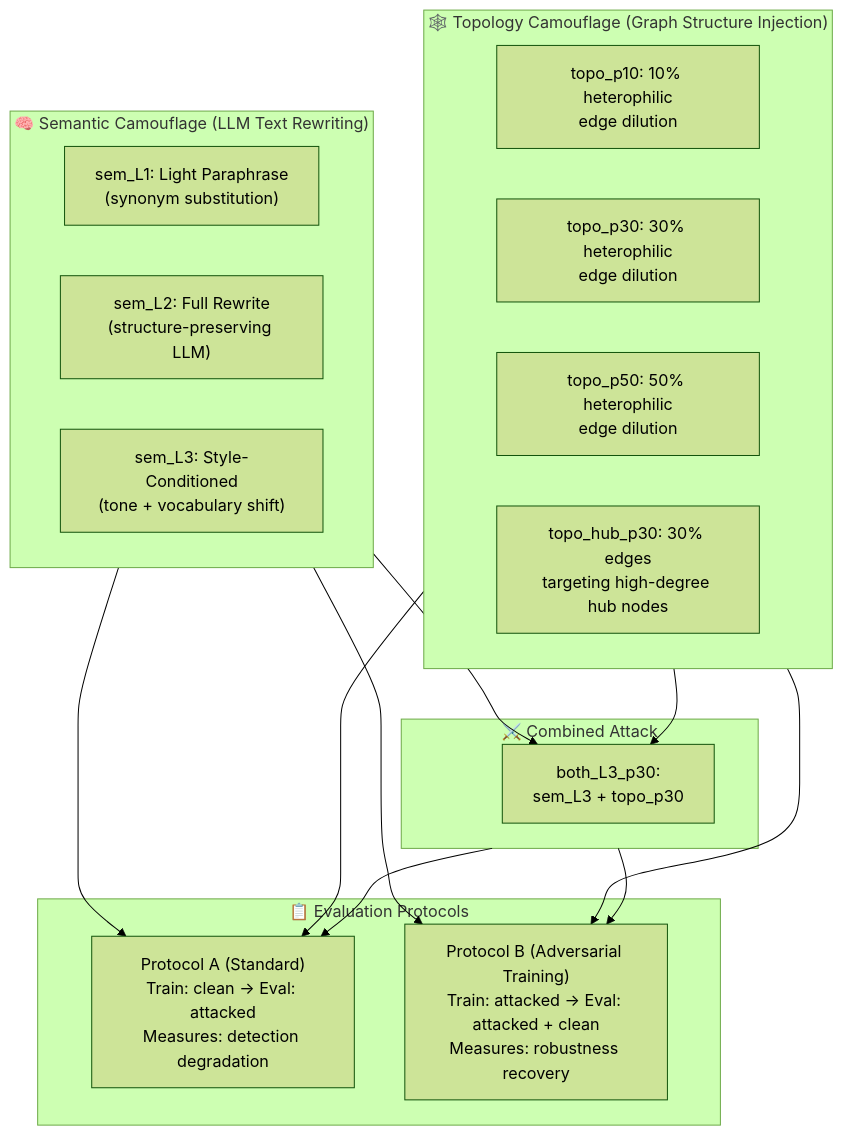
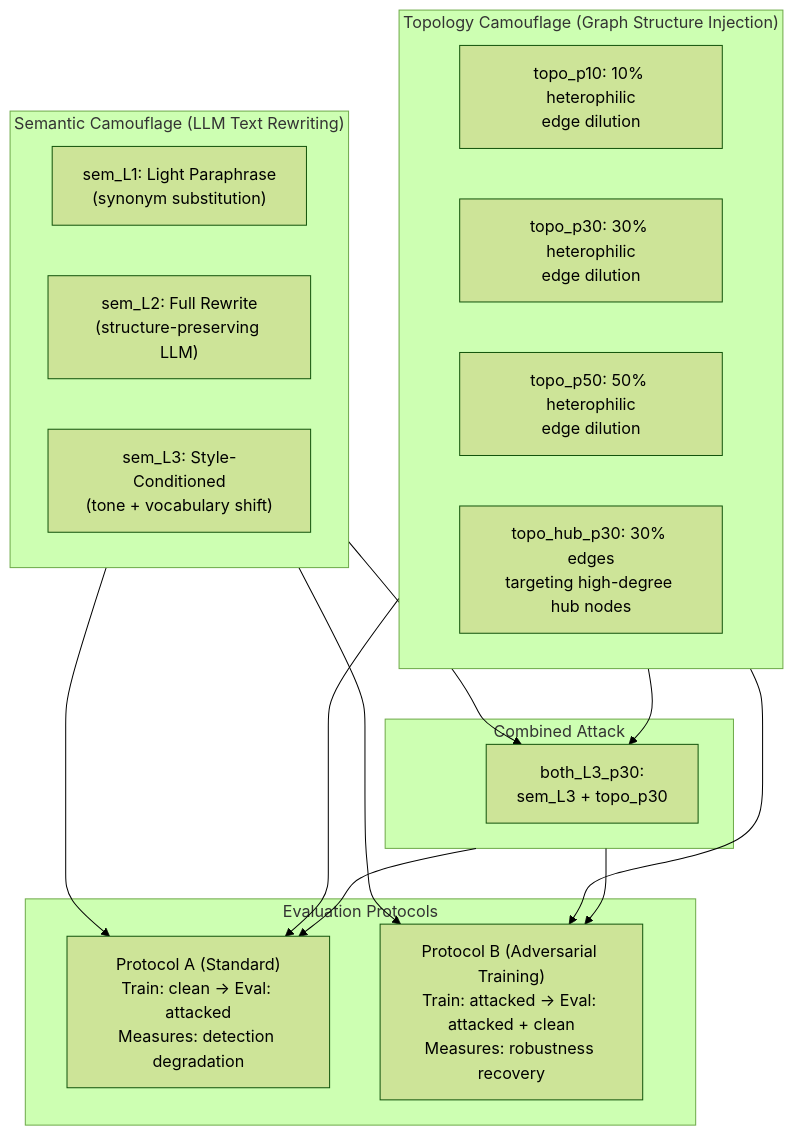
One commit to Eldo-John-Giby/NeuroGraph-DB changed the fifth of 6 diagrams in README.md. Above: the diagram before and after it, drawn with Mermaid (forest theme). The commit also changed other lines of this file, not shown here.

````diff
--- a/README.md
+++ b/README.md
@@ -266,28 +266,28 @@
 ```mermaid
 flowchart TD
-    subgraph Semantic["🧠 Semantic Camouflage (LLM Text Rewriting)"]
+    subgraph Semantic["Semantic Camouflage (LLM Text Rewriting)"]
         S1["sem_L1: Light Paraphrase\n(synonym substitution)"]
         S2["sem_L2: Full Rewrite\n(structure-preserving LLM)"]
         S3["sem_L3: Style-Conditioned\n(tone + vocabulary shift)"]
     end
 
-    subgraph Topology["🕸️ Topology Camouflage (Graph Structure Injection)"]
+    subgraph Topology["Topology Camouflage (Graph Structure Injection)"]
         T1["topo_p10: 10% heterophilic\nedge dilution"]
         T2["topo_p30: 30% heterophilic\nedge dilution"]
         T3["topo_p50: 50% heterophilic\nedge dilution"]
         T4["topo_hub_p30: 30% edges\ntargeting high-degree hub nodes"]
     end
 
-    subgraph Combined["⚔️ Combined Attack"]
+    subgraph Combined["Combined Attack"]
         C1["both_L3_p30:\nsem_L3 + topo_p30"]
     end
 
-    subgraph Protocols["📋 Evaluation Protocols"]
+    subgraph Protocols["Evaluation Protocols"]
         PA["Protocol A (Standard)\nTrain: clean → Eval: attacked\nMeasures: detection degradation"]
         PB["Protocol B (Adversarial Training)\nTrain: attacked → Eval: attacked + clean\nMeasures: robustness recovery"]
     end
 
     Semantic --> C1
     Topology --> C1
     Semantic & Topology & Combined --> PA & PB
 ```
````
